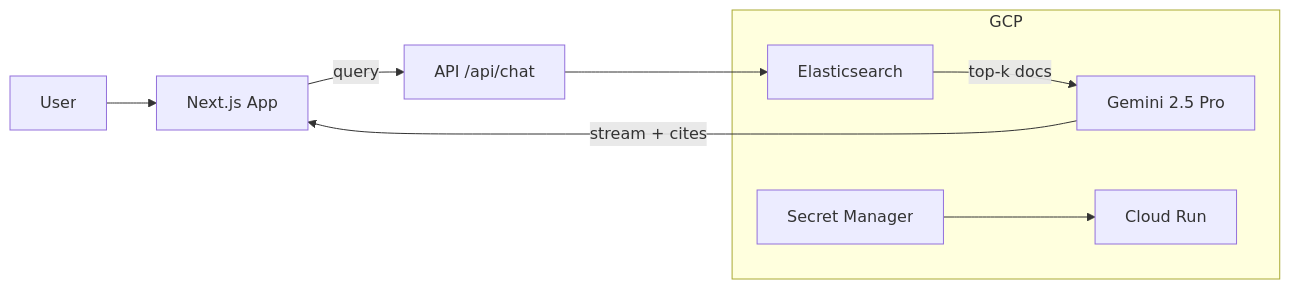
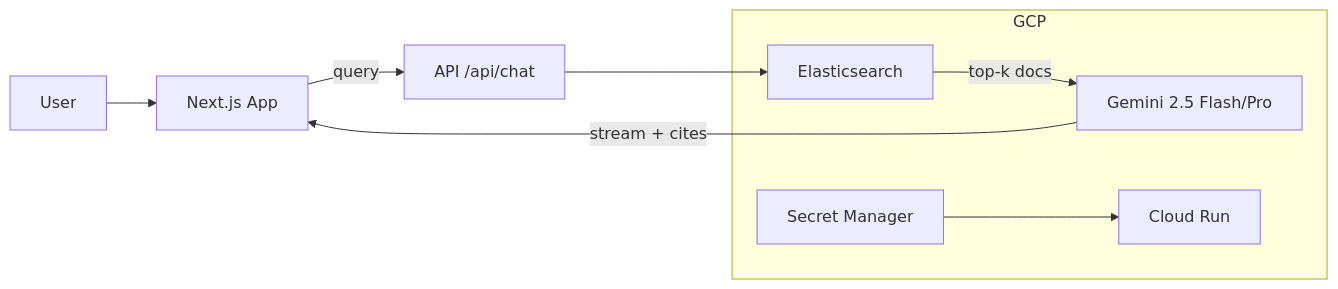
The first of 2 diagrams in README.md (pixjobs/mindsieve), drawn with Mermaid before and after one commit. The commit also changed other lines of this file and 6 other files, not shown here.

````diff
--- a/README.md
+++ b/README.md
@@ -50,19 +50,19 @@
 ``` mermaid
 flowchart LR
   U[User] --> UI[Next.js App]
   UI -->|query| API[API /api/chat]
   API --> ES[Elasticsearch]
-  ES -->|top-k docs| GEM[Gemini 2.5 Pro]
+  ES -->|top-k docs| GEM[Gemini 2.5 Flash/Pro]
   GEM -->|stream + cites| UI
 
   subgraph GCP
     CR[Cloud Run]
     SM[Secret Manager]
     ES
     GEM
   end
 
   SM --> CR
 
 
 ```
````
